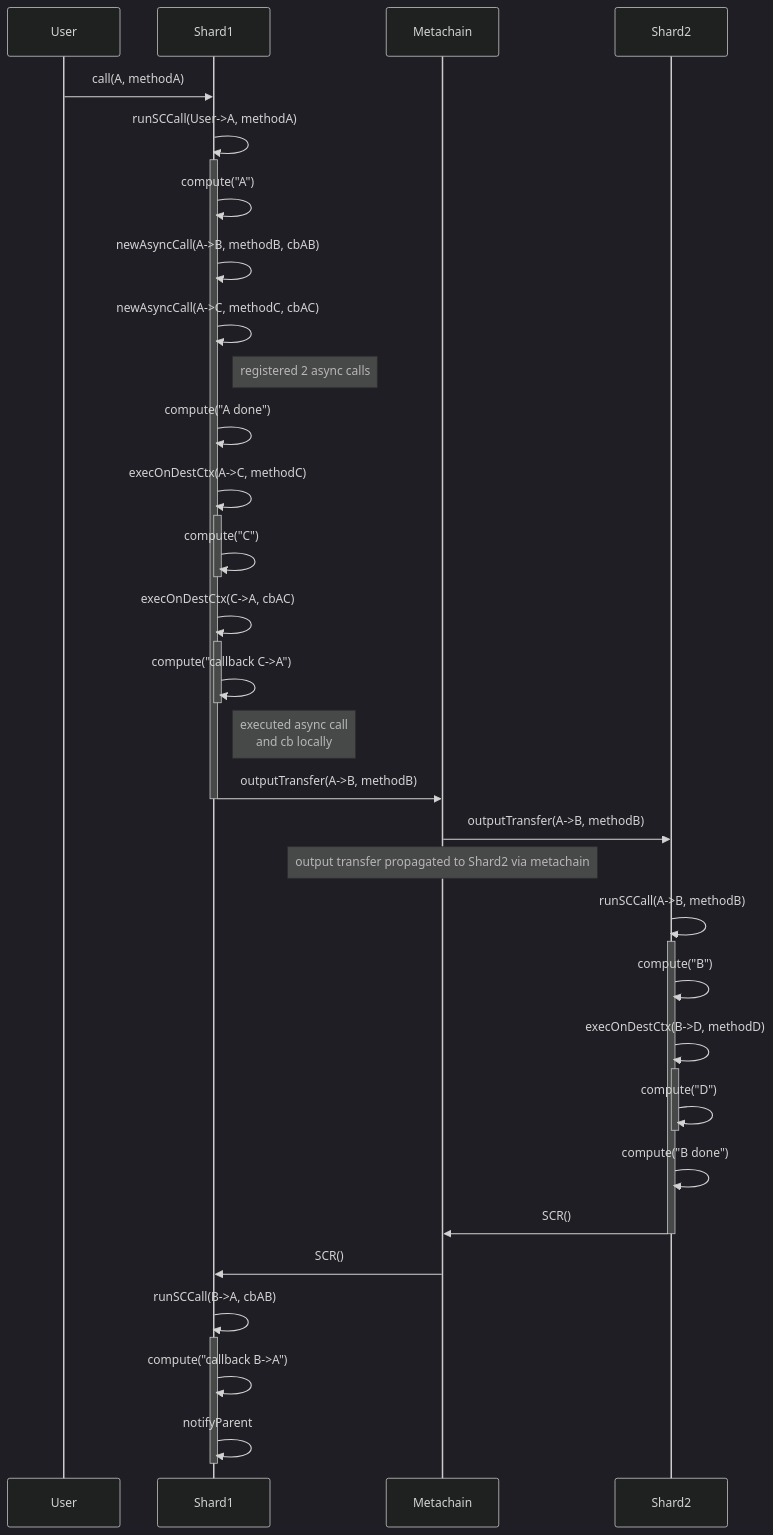
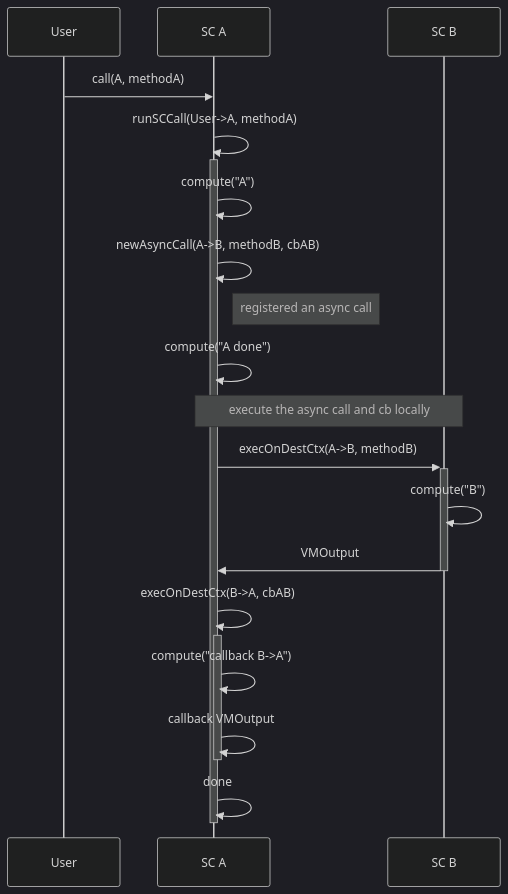
The first of 3 diagrams in async_call/docs/example_cases.md (runtimeverification/multiversx-protocol-audit), drawn with Mermaid (dark theme) before and after one commit. The commit also changed other lines of this file and 1 other file, not shown here.

````diff
--- a/async_call/docs/example_cases.md
+++ b/async_call/docs/example_cases.md
@@ -48,46 +28,25 @@
 ```mermaid
 sequenceDiagram
-  participant User
-  participant Shard1
-  participant Metachain
-  participant Shard2
   
-  User ->> Shard1: call(A, methodA)
-  Shard1 ->>+ Shard1: runSCCall(User->A, methodA)
+  User ->> SC A: call(A, methodA)
+  SC A ->>+ SC A: runSCCall(User->A, methodA)
 
-  Shard1 ->> Shard1: compute("A")
+  SC A ->> SC A: compute("A")
   
-  Shard1 ->> Shard1: newAsyncCall(A->B, methodB, cbAB)
-  Shard1 ->> Shard1: newAsyncCall(A->C, methodC, cbAC)
-  note right of Shard1: registered 2 async calls
+  SC A ->> SC A: newAsyncCall(A->B, methodB, cbAB)
+  note right of SC A: registered an async call
 
-  Shard1 ->> Shard1: compute("A done")
+  SC A ->> SC A: compute("A done")
   
-  Shard1 ->>+ Shard1: execOnDestCtx(A->C, methodC)
-  Shard1 ->>- Shard1: compute("C")
+  note over SC A, SC B: execute the async call and cb locally
 
-  Shard1 ->>+ Shard1: execOnDestCtx(C->A, cbAC)
-  Shard1 ->>- Shard1: compute("callback C->A")
-  note right of Shard1: executed async call<br/>and cb locally
+  SC A ->>+ SC B: execOnDestCtx(A->B, methodB)
+  SC B ->> SC B: compute("B")
+  SC B ->>- SC A: VMOutput
 
-  Shard1 ->>- Metachain: outputTransfer(A->B, methodB)
-  
-  Metachain ->> Shard2: outputTransfer(A->B, methodB)
-  note over Metachain: output transfer propagated to Shard2 via metachain
+  SC A ->>+ SC A: execOnDestCtx(B->A, cbAB)
+  SC A ->> SC A: compute("callback B->A")
+  SC A ->>- SC A: callback VMOutput
 
-
-  Shard2 ->>+ Shard2: runSCCall(A->B, methodB)
-
-  Shard2 ->> Shard2: compute("B")
-  Shard2 ->>+ Shard2: execOnDestCtx(B->D, methodD)
-  Shard2 ->>- Shard2: compute("D")
-
-  Shard2 ->> Shard2: compute("B done")
-
-  Shard2 ->>- Metachain:  SCR()
-  Metachain ->> Shard1: SCR()
-  
-  Shard1 ->>+ Shard1: runSCCall(B->A, cbAB)
-  Shard1 ->> Shard1: compute("callback B->A")
-  Shard1 ->>- Shard1: notifyParent
+  SC A ->>- SC A: done
 ```
````
